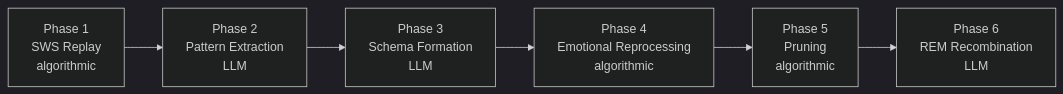
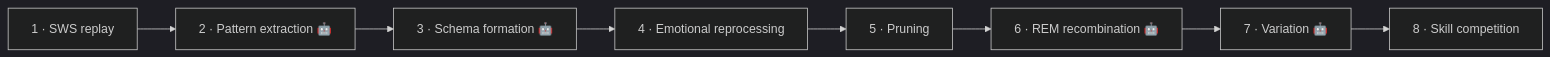
The fourth of 6 diagrams in README.md (buckster123/CerebroCortex-RS), drawn with Mermaid (dark theme) before and after one commit. The commit also changed other lines of this file and 1 other file, not shown here.

````diff
--- a/README.md
+++ b/README.md
@@ -170,8 +233,10 @@
 ```mermaid
 flowchart LR
-    SWS[Phase 1\nSWS Replay\nalgorithmic] --> PAT[Phase 2\nPattern Extraction\nLLM]
-    PAT --> SCH[Phase 3\nSchema Formation\nLLM]
-    SCH --> EMO[Phase 4\nEmotional Reprocessing\nalgorithmic]
-    EMO --> PRU[Phase 5\nPruning\nalgorithmic]
-    PRU --> REM[Phase 6\nREM Recombination\nLLM]
+    P1[1 · SWS replay] --> P2[2 · Pattern extraction 🤖]
+    P2 --> P3[3 · Schema formation 🤖]
+    P3 --> P4[4 · Emotional reprocessing]
+    P4 --> P5[5 · Pruning]
+    P5 --> P6[6 · REM recombination 🤖]
+    P6 --> P7[7 · Variation 🤖]
+    P7 --> P8[8 · Skill competition]
 ```
````
